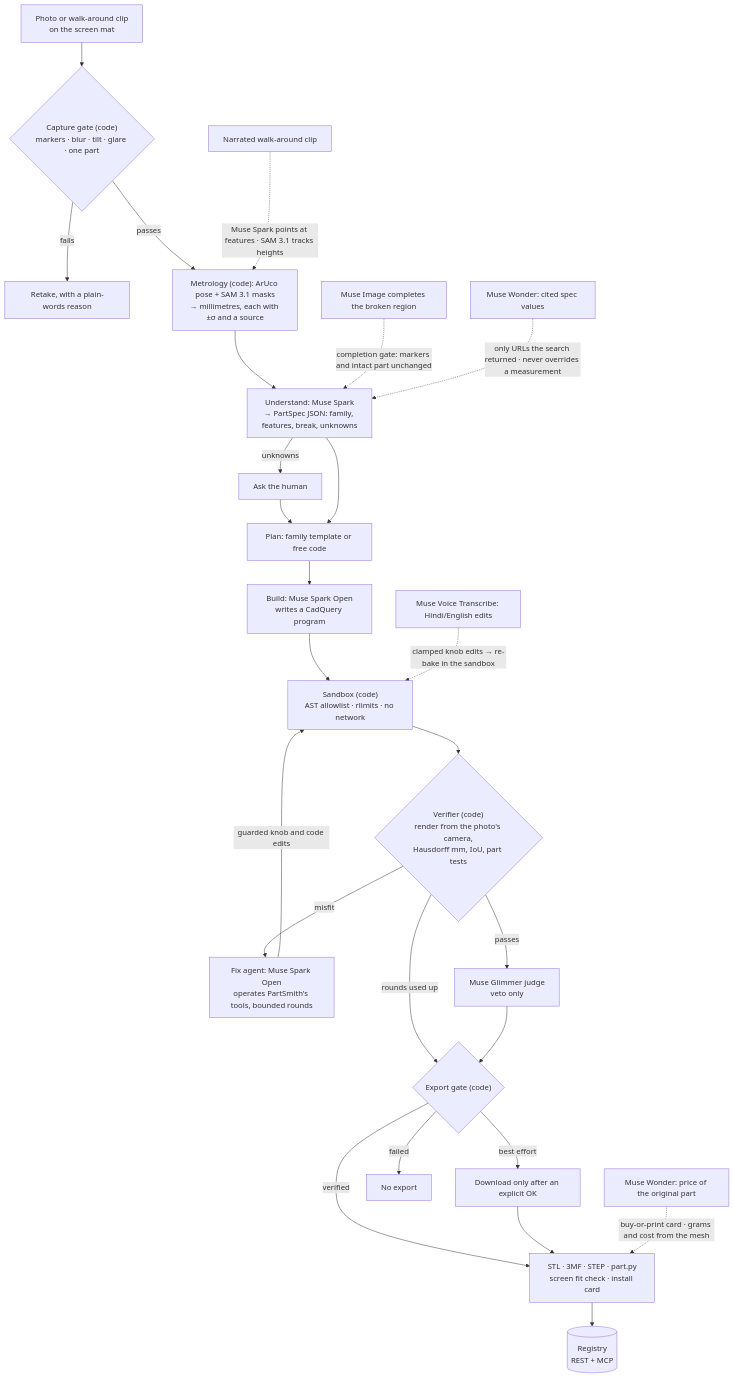
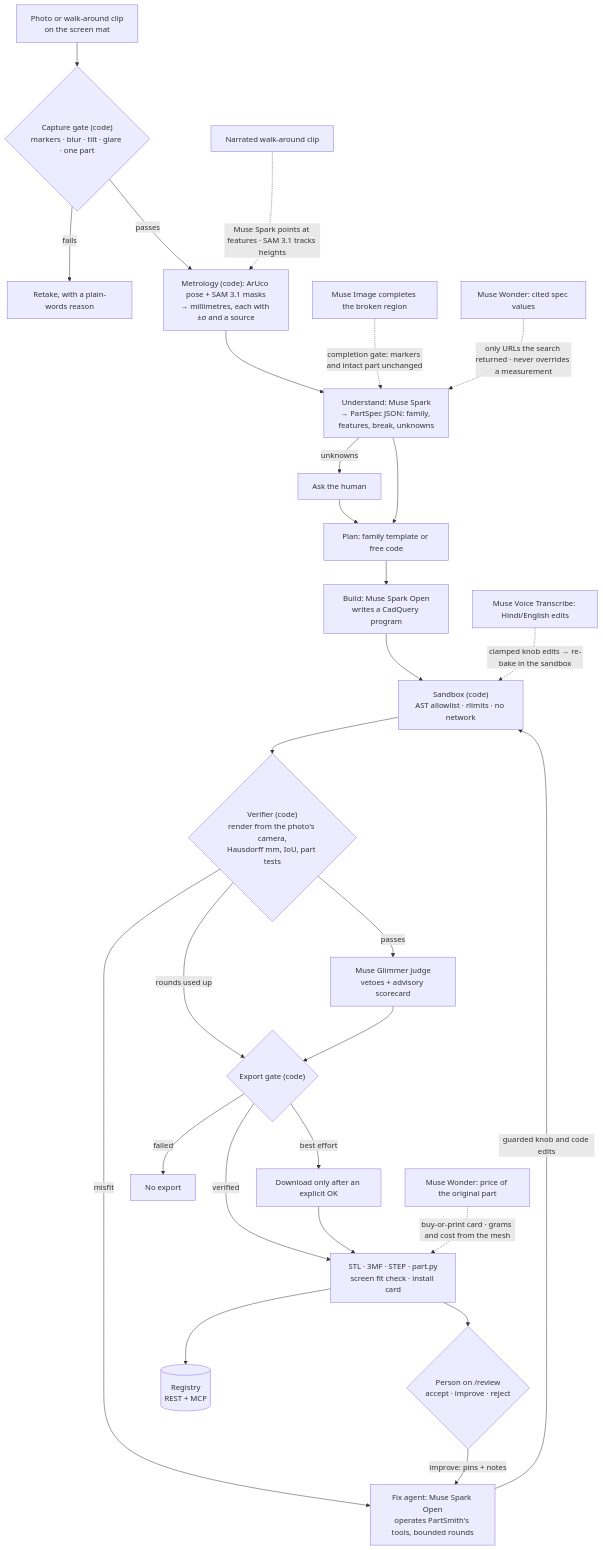
One commit to Prashant-thakur77/partsmith changed the diagram in README.md. Above: the diagram before and after it, drawn with Mermaid. The commit also changed other lines of this file and 59 other files, not shown here.

````diff
--- a/README.md
+++ b/README.md
@@ -145,29 +119,31 @@
 ```mermaid
 flowchart TD
     photo["Photo or walk-around clip<br/>on the screen mat"] --> gate{"Capture gate (code)<br/>markers · blur · tilt · glare · one part"}
     gate -->|"fails"| retake["Retake, with a plain-words reason"]
     gate -->|"passes"| metro["Metrology (code): ArUco pose + SAM 3.1 masks<br/>→ millimetres, each with ±σ and a source"]
     metro --> understand["Understand: Muse Spark<br/>→ PartSpec JSON: family, features, break, unknowns"]
     understand -->|"unknowns"| ask["Ask the human"]
     ask --> plan
     understand --> plan["Plan: family template or free code"]
     plan --> build["Build: Muse Spark Open<br/>writes a CadQuery program"]
     build --> sandbox["Sandbox (code)<br/>AST allowlist · rlimits · no network"]
     sandbox --> verifier{"Verifier (code)<br/>render from the photo's camera,<br/>Hausdorff mm, IoU, part tests"}
     verifier -->|"misfit"| fix["Fix agent: Muse Spark Open<br/>operates PartSmith's tools, bounded rounds"]
     fix -->|"guarded knob and code edits"| sandbox
-    verifier -->|"passes"| judge["Muse Glimmer judge<br/>veto only"]
+    verifier -->|"passes"| judge["Muse Glimmer judge<br/>vetoes + advisory scorecard"]
     verifier -->|"rounds used up"| exportgate
     judge --> exportgate{"Export gate (code)"}
+    out --> review{"Person on /review<br/>accept · improve · reject"}
+    review -->|"improve: pins + notes"| fix
     exportgate -->|"verified"| out["STL · 3MF · STEP · part.py<br/>screen fit check · install card"]
     exportgate -->|"best effort"| ack["Download only after an explicit OK"]
     exportgate -->|"failed"| noexport["No export"]
     ack --> out
     out --> registry[("Registry<br/>REST + MCP")]
 
     clip["Narrated walk-around clip"] -.->|"Muse Spark points at features · SAM 3.1 tracks heights"| metro
     image["Muse Image completes the broken region"] -.->|"completion gate: markers and intact part unchanged"| understand
     wonder["Muse Wonder: cited spec values"] -.->|"only URLs the search returned · never overrides a measurement"| understand
     buy["Muse Wonder: price of the original part"] -.->|"buy-or-print card · grams and cost from the mesh"| out
     voice["Muse Voice Transcribe: Hindi/English edits"] -.->|"clamped knob edits → re-bake in the sandbox"| sandbox
 ```
````
